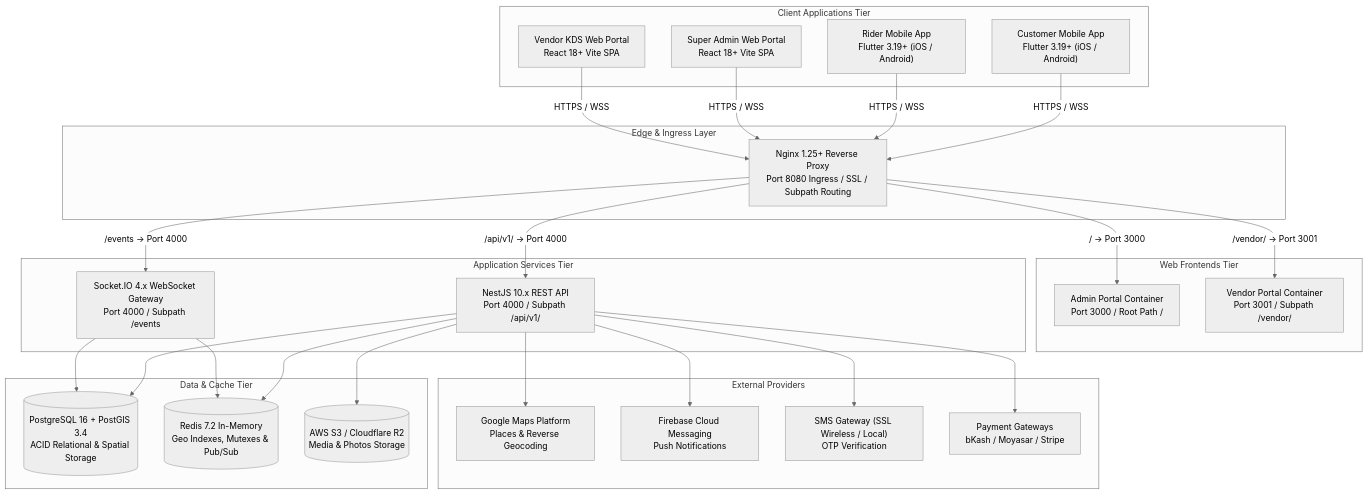
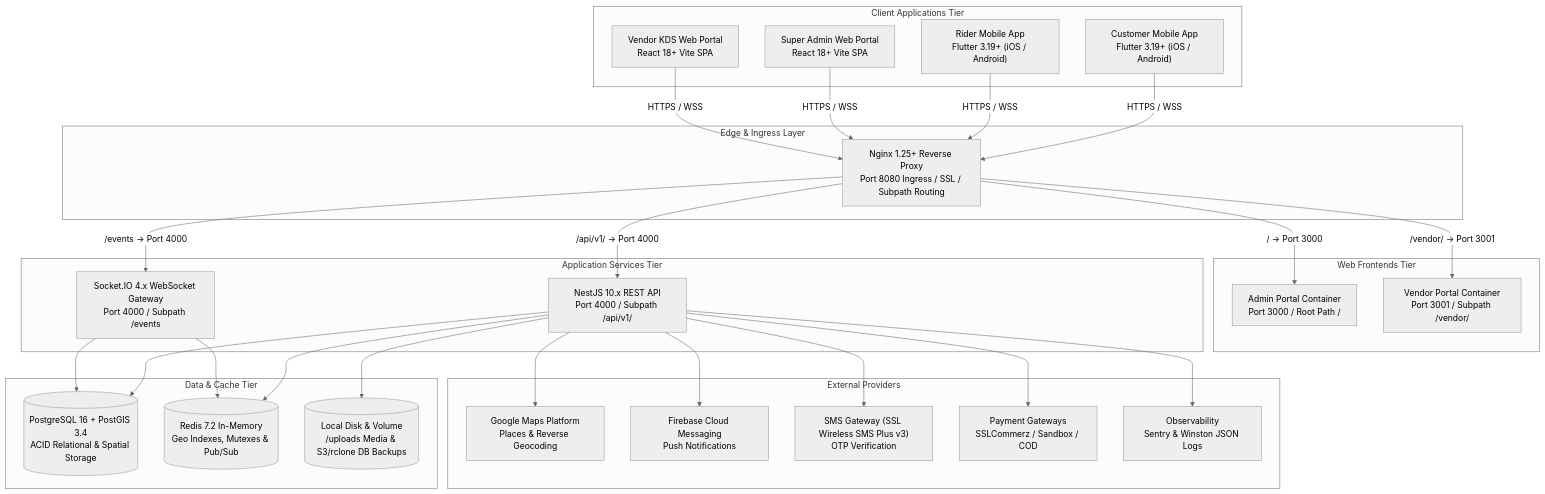
Before and after one commit to BrainStation-23/DeliveryOS-Demo: the diagram in context_docs/technical-implementation-documents/01-system-architecture-and-tech-stack.md, drawn with Mermaid (neutral theme). The commit also changed other lines of this file and 18 other files, not shown here.

````diff
--- a/context_docs/technical-implementation-documents/01-system-architecture-and-tech-stack.md
+++ b/context_docs/technical-implementation-documents/01-system-architecture-and-tech-stack.md
@@ -9,57 +9,59 @@
 ```mermaid
 graph TD
     subgraph Clients["Client Applications Tier"]
         CA["Customer Mobile App<br/>Flutter 3.19+ (iOS / Android)"]
         RA["Rider Mobile App<br/>Flutter 3.19+ (iOS / Android)"]
         AP["Super Admin Web Portal<br/>React 18+ Vite SPA"]
         VP["Vendor KDS Web Portal<br/>React 18+ Vite SPA"]
     end
 
     subgraph EdgeLayer["Edge & Ingress Layer"]
         NGINX["Nginx 1.25+ Reverse Proxy<br/>Port 8080 Ingress / SSL / Subpath Routing"]
     end
 
     subgraph WebServices["Web Frontends Tier"]
         AP_SVC["Admin Portal Container<br/>Port 3000 / Root Path /"]
         VP_SVC["Vendor Portal Container<br/>Port 3001 / Subpath /vendor/"]
     end
 
     subgraph AppTier["Application Services Tier"]
         API["NestJS 10.x REST API<br/>Port 4000 / Subpath /api/v1/"]
         WSS["Socket.IO 4.x WebSocket Gateway<br/>Port 4000 / Subpath /events"]
     end
 
     subgraph DataTier["Data & Cache Tier"]
         DB[("PostgreSQL 16 + PostGIS 3.4<br/>ACID Relational & Spatial Storage")]
         CACHE[("Redis 7.2 In-Memory<br/>Geo Indexes, Mutexes & Pub/Sub")]
-        STORAGE[("AWS S3 / Cloudflare R2<br/>Media & Photos Storage")]
+        STORAGE[("Local Disk & Volume<br/>/uploads Media & S3/rclone DB Backups")]
     end
 
     subgraph ExternalServices["External Providers"]
         GMAPS["Google Maps Platform<br/>Places & Reverse Geocoding"]
         FCM["Firebase Cloud Messaging<br/>Push Notifications"]
-        SMS["SMS Gateway (SSL Wireless / Local)<br/>OTP Verification"]
-        PAY["Payment Gateways<br/>bKash / Moyasar / Stripe"]
+        SMS["SMS Gateway (SSL Wireless SMS Plus v3)<br/>OTP Verification"]
+        PAY["Payment Gateways<br/>SSLCommerz / Sandbox / COD"]
+        OBS["Observability<br/>Sentry & Winston JSON Logs"]
     end
 
     CA -->|HTTPS / WSS| NGINX
     RA -->|HTTPS / WSS| NGINX
     AP -->|HTTPS / WSS| NGINX
     VP -->|HTTPS / WSS| NGINX
 
     NGINX -->|/ -> Port 3000| AP_SVC
     NGINX -->|/vendor/ -> Port 3001| VP_SVC
     NGINX -->|/api/v1/ -> Port 4000| API
     NGINX -->|/events -> Port 4000| WSS
 
     API --> DB
     API --> CACHE
     API --> STORAGE
     WSS --> CACHE
     WSS --> DB
 
     API --> GMAPS
     API --> FCM
     API --> SMS
     API --> PAY
+    API --> OBS
 ```
````
